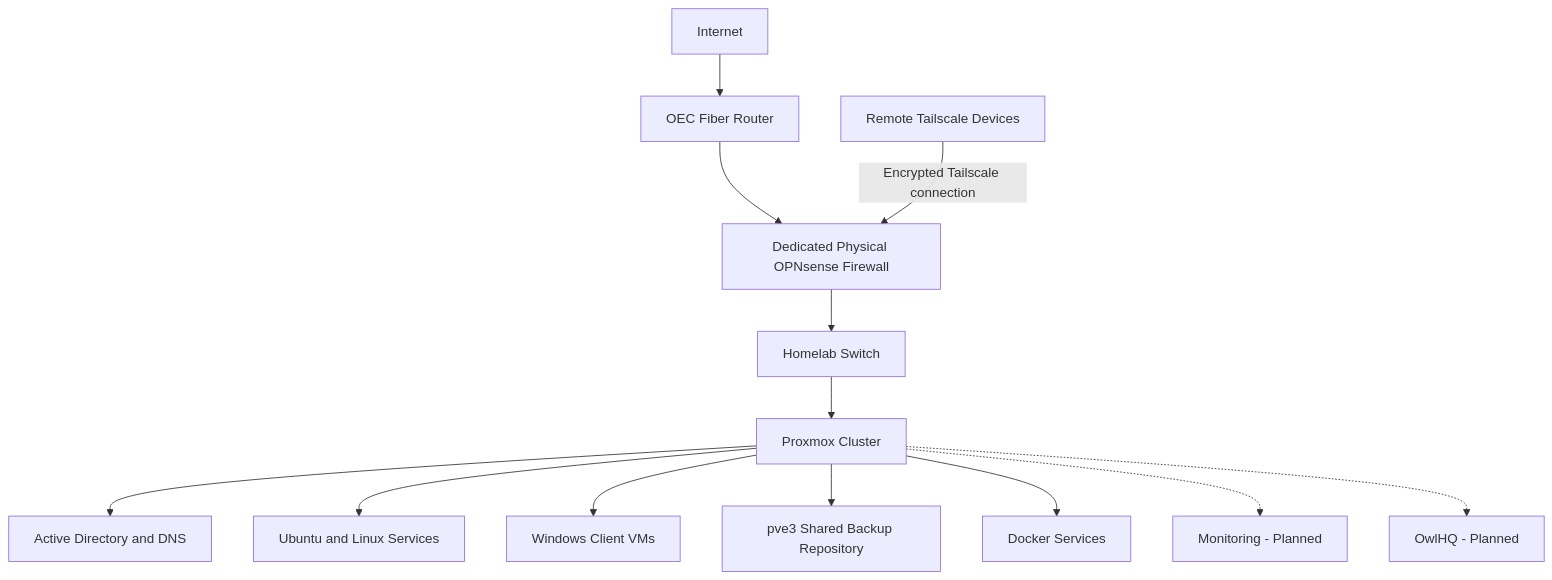
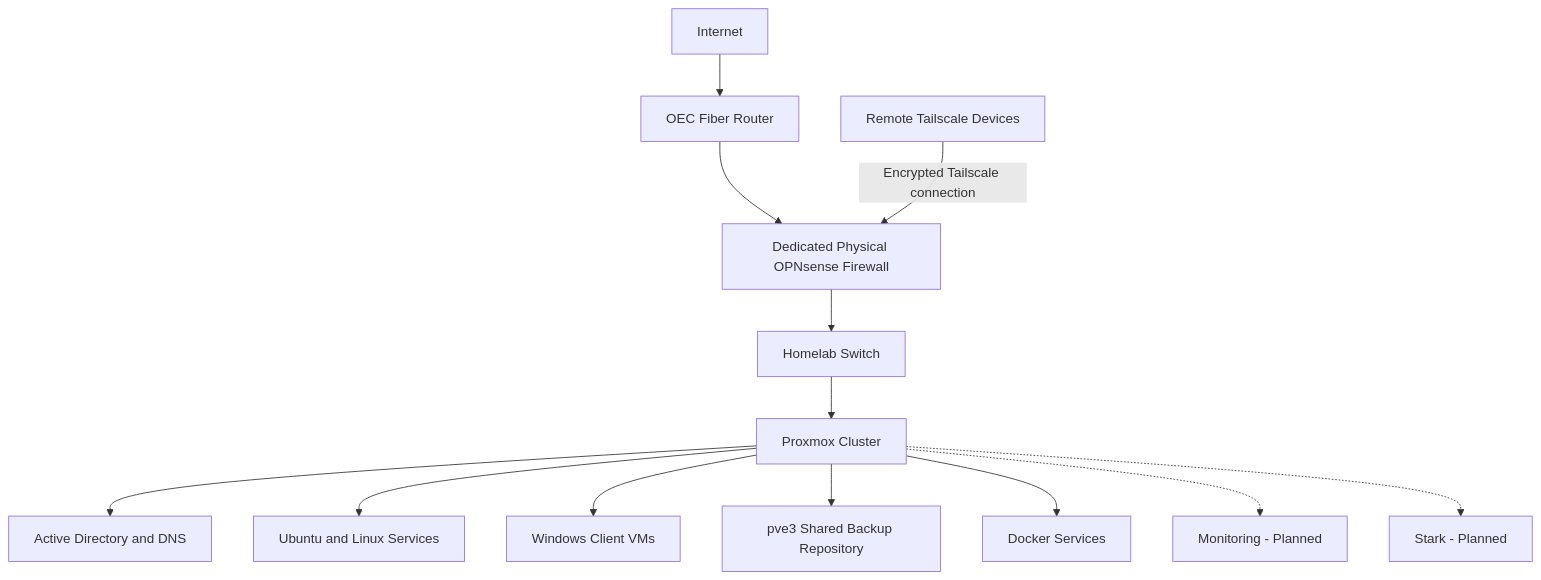
The diagram in docs/diagrams/high-level-architecture.md (williamlim-1/Homelab), drawn with Mermaid before and after one commit. The commit also changed other lines of this file and 4 other files, not shown here.

Commit message:
Rename OwlHQ to Stark across documentation

````diff
--- a/docs/diagrams/high-level-architecture.md
+++ b/docs/diagrams/high-level-architecture.md
@@ -20,29 +20,29 @@
 ```mermaid
 flowchart TB
     Internet[Internet]
     OEC[OEC Fiber Router]
     FW[Dedicated Physical OPNsense Firewall]
     SW[Homelab Switch]
     PVE[Proxmox Cluster]
     AD[Active Directory and DNS]
     Linux[Ubuntu and Linux Services]
     Clients[Windows Client VMs]
     Backup[pve3 Shared Backup Repository]
     Docker[Docker Services]
     Monitor[Monitoring - Planned]
-    Owl[OwlHQ - Planned]
+    Stark[Stark - Planned]
     Remote[Remote Tailscale Devices]
 
     Internet --> OEC
     OEC --> FW
     FW --> SW
     SW --> PVE
     PVE --> AD
     PVE --> Linux
     PVE --> Clients
     PVE --> Backup
     PVE --> Docker
     PVE -.-> Monitor
-    PVE -.-> Owl
+    PVE -.-> Stark
     Remote -->|Encrypted Tailscale connection| FW
 ```
````
